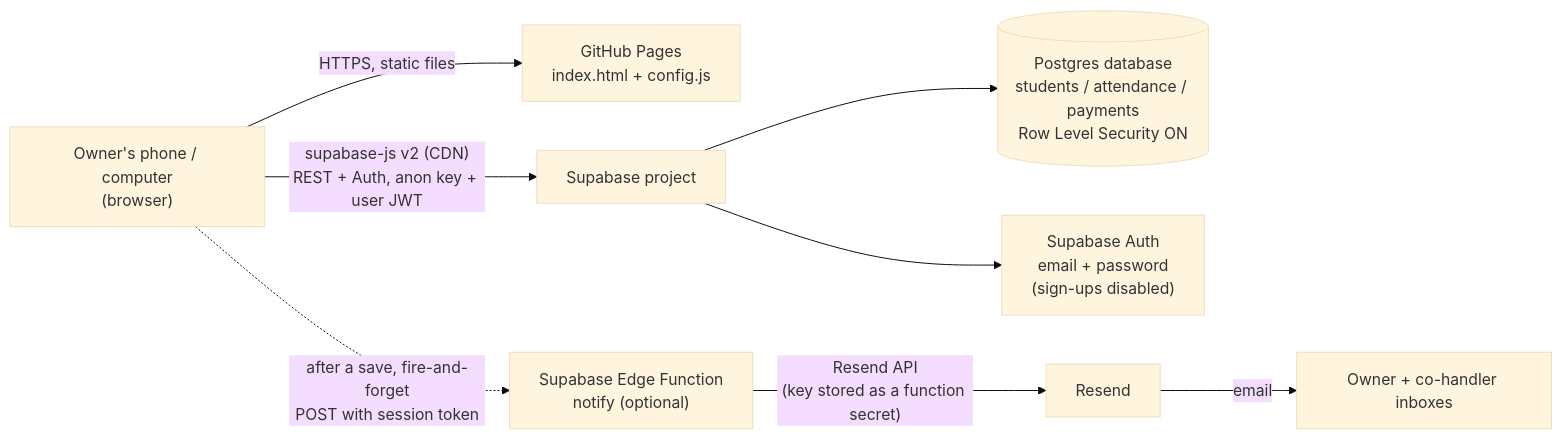
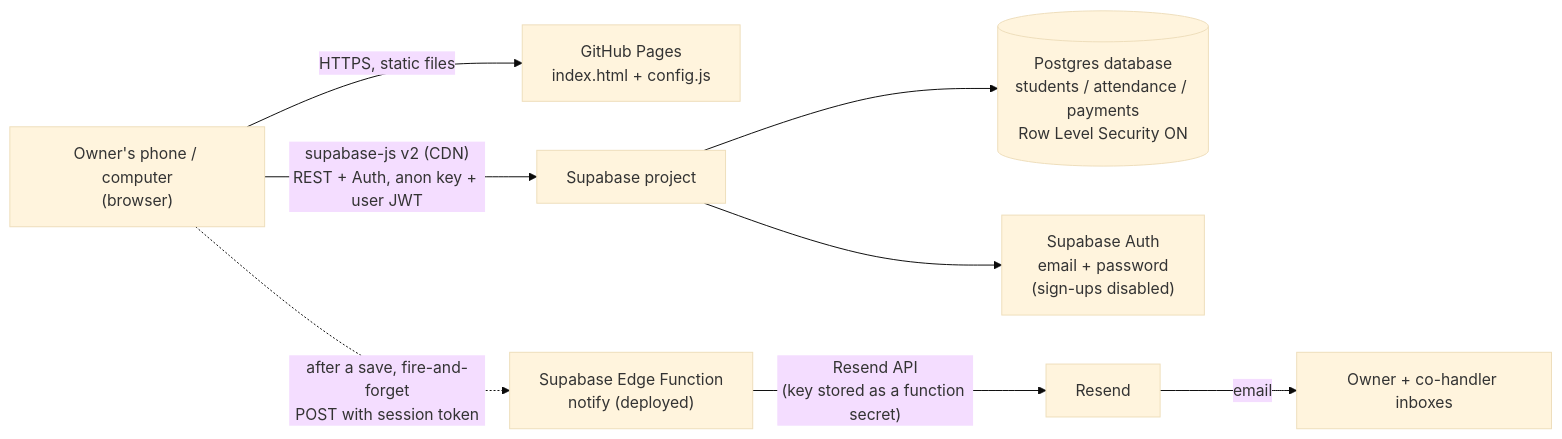
The diagram in README.md (keerthankrishna/attendance-tracker), drawn with Mermaid (base theme) before and after one commit. The commit also changed other lines of this file and 1 other file, not shown here.

````diff
--- a/README.md
+++ b/README.md
@@ -57,10 +78,10 @@
 ```mermaid
 flowchart LR
     U["Owner's phone / computer<br/>(browser)"] -->|"HTTPS, static files"| P["GitHub Pages<br/>index.html + config.js"]
     U -->|"supabase-js v2 (CDN)<br/>REST + Auth, anon key + user JWT"| S["Supabase project"]
     S --> DB[("Postgres database<br/>students / attendance / payments<br/>Row Level Security ON")]
     S --> A["Supabase Auth<br/>email + password<br/>(sign-ups disabled)"]
-    U -.->|"after a save, fire-and-forget<br/>POST with session token"| F["Supabase Edge Function<br/>notify (optional)"]
+    U -.->|"after a save, fire-and-forget<br/>POST with session token"| F["Supabase Edge Function<br/>notify (deployed)"]
     F -->|"Resend API<br/>(key stored as a function secret)"| R["Resend"]
     R -->|"email"| I["Owner + co-handler inboxes"]
 ```
````
